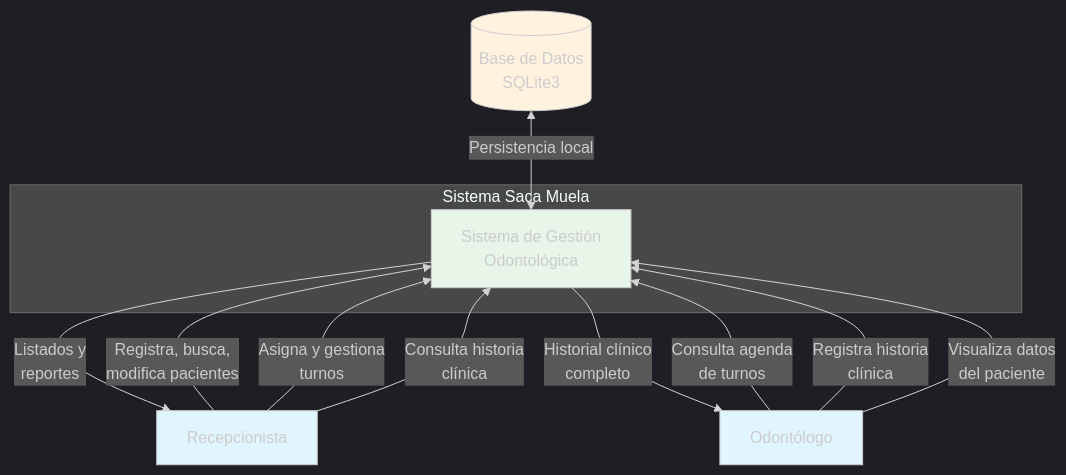
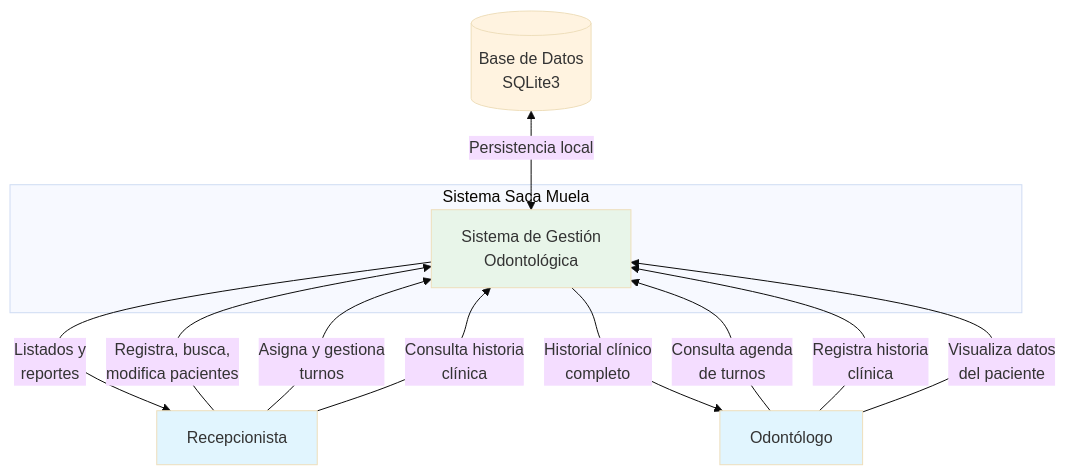
The diagram in 30-assignments/2026-06-03/code/docs/diagrama-de-contexto.md (estebanmatias92/tecnicatura-algoritmos-y-estructuras-de-datos-ii), drawn with Mermaid before and after one commit.

Commit message:
Changing mermaid themes for dark background constrast

````diff
--- a/30-assignments/2026-06-03/code/docs/diagrama-de-contexto.md
+++ b/30-assignments/2026-06-03/code/docs/diagrama-de-contexto.md
@@ -5,25 +5,28 @@
 ```mermaid
-%%{init: {'theme': 'dark'}}%%
+---
+config:
+  theme: 'base'
+---
 graph TD
     subgraph "Sistema Saca Muela"
         SM[Sistema de Gestión<br>Odontológica]
     end
 
     A[Recepcionista] -->|Registra, busca,<br>modifica pacientes| SM
     A -->|Asigna y gestiona<br>turnos| SM
     A -->|Consulta historia<br>clínica| SM
 
     B[Odontólogo] -->|Consulta agenda<br>de turnos| SM
     B -->|Registra historia<br>clínica| SM
     B -->|Visualiza datos<br>del paciente| SM
 
     DB[(Base de Datos<br>SQLite3)] <-->|Persistencia local| SM
 
     SM -->|Listados y<br>reportes| A
     SM -->|Historial clínico<br>completo| B
 
     style A fill:#e1f5fe
     style B fill:#e1f5fe
     style DB fill:#fff3e0
     style SM fill:#e8f5e9
 ```
````
